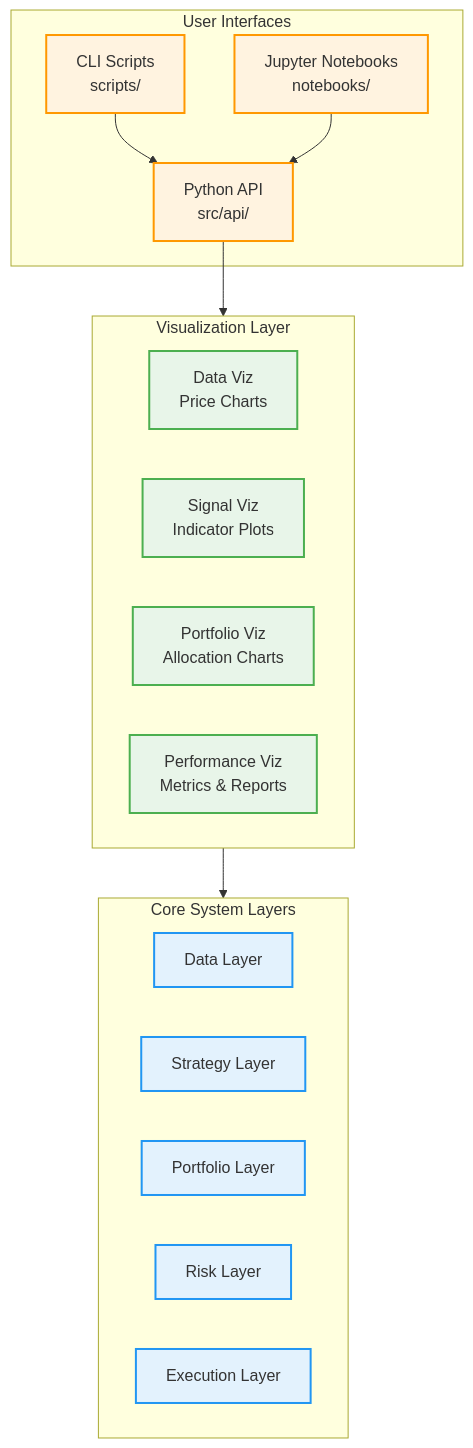
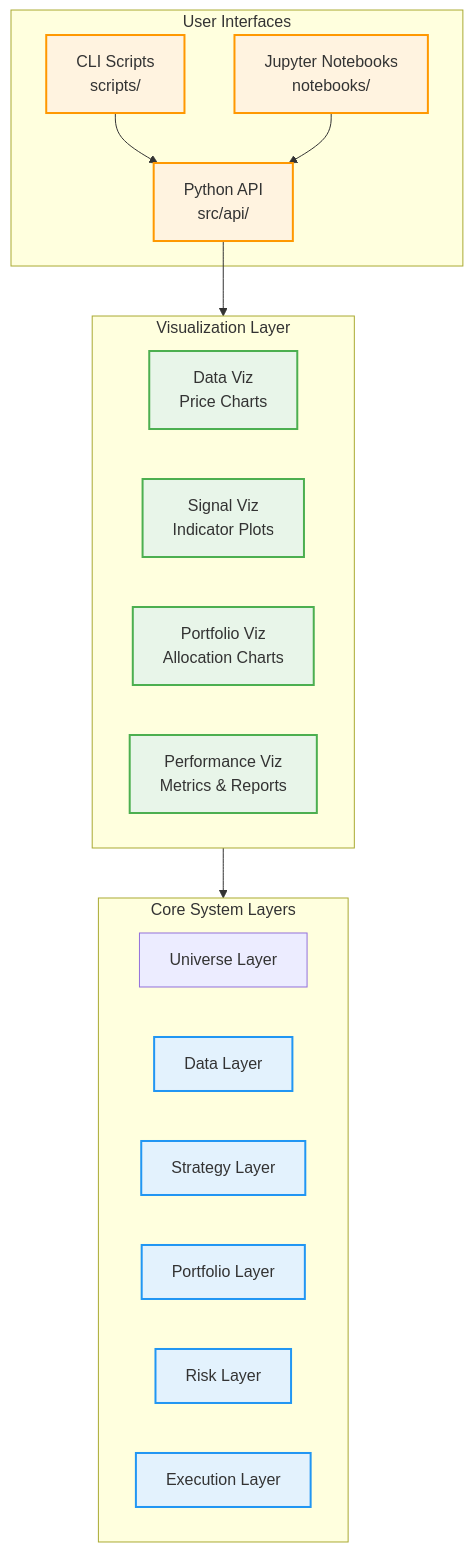
Before and after one commit to mamin506/ai-trader: the diagram in agent/user-interface-design.md, drawn with Mermaid. The commit also changed 5 other files, not shown here.

First line of the commit message:
docs: add Universe Selection layer to architecture

````diff
--- a/agent/user-interface-design.md
+++ b/agent/user-interface-design.md
@@ -21,36 +21,37 @@
 ```mermaid
 graph TB
     subgraph User_Interfaces["User Interfaces"]
         CLI[CLI Scripts<br/>scripts/]
         Notebook[Jupyter Notebooks<br/>notebooks/]
         API[Python API<br/>src/api/]
     end
 
     subgraph Visualization["Visualization Layer"]
         VizData[Data Viz<br/>Price Charts]
         VizSignal[Signal Viz<br/>Indicator Plots]
         VizPortfolio[Portfolio Viz<br/>Allocation Charts]
         VizPerf[Performance Viz<br/>Metrics & Reports]
     end
 
     subgraph Core_Layers["Core System Layers"]
+        Universe[Universe Layer]
         Data[Data Layer]
         Strategy[Strategy Layer]
         Portfolio[Portfolio Layer]
         Risk[Risk Layer]
         Execution[Execution Layer]
     end
 
     CLI --> API
     Notebook --> API
     API --> Visualization
     Visualization --> Core_Layers
 
     classDef uiStyle fill:#fff3e0,stroke:#ff9800,stroke-width:2px
     classDef vizStyle fill:#e8f5e9,stroke:#4caf50,stroke-width:2px
     classDef coreStyle fill:#e3f2fd,stroke:#2196f3,stroke-width:2px
 
     class CLI,Notebook,API uiStyle
     class VizData,VizSignal,VizPortfolio,VizPerf vizStyle
     class Data,Strategy,Portfolio,Risk,Execution coreStyle
 ```
````
